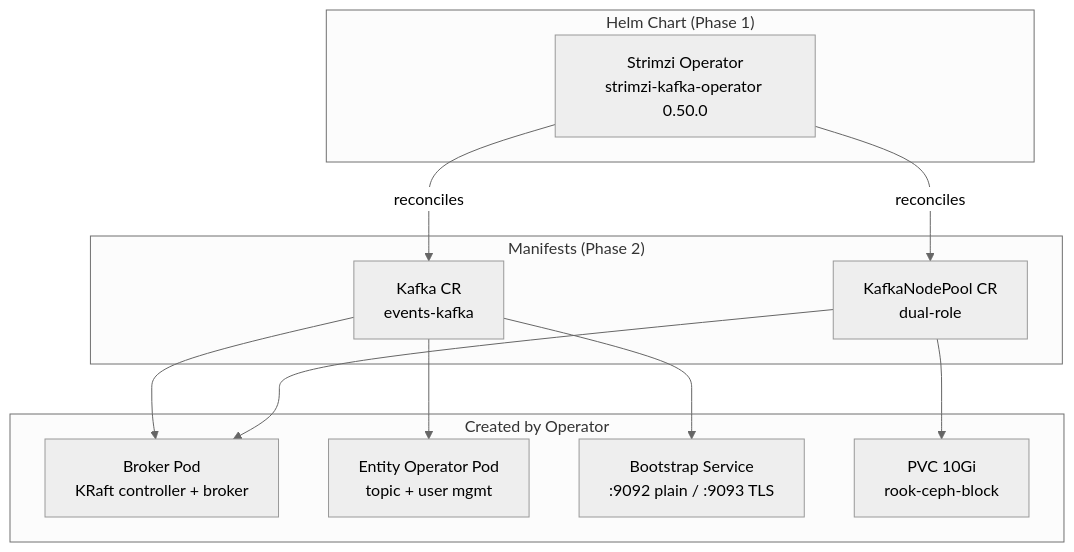
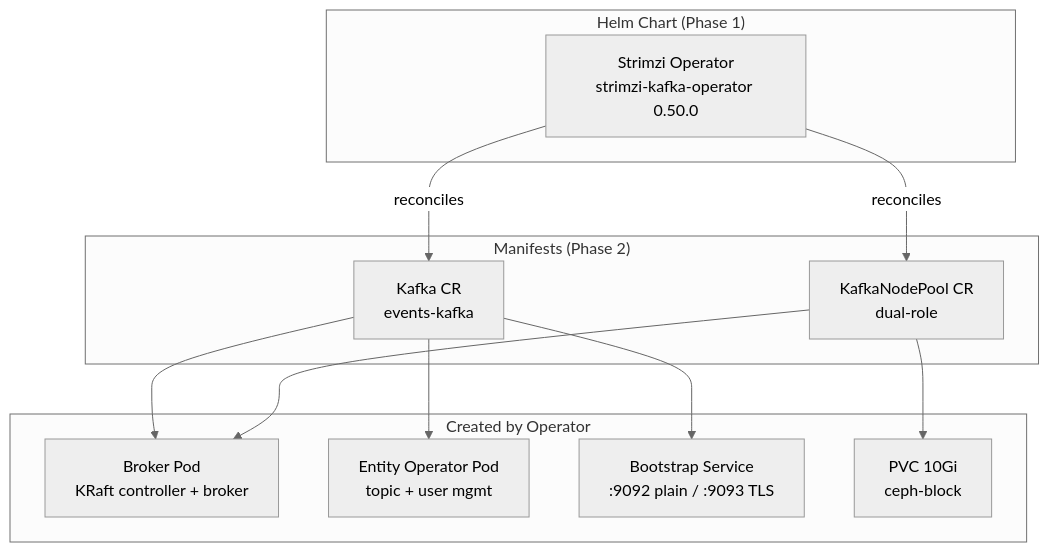
The first of 7 diagrams in components/events/strimzi/docs/architecture.md (rammi-dev/data-k8s-playground), drawn with Mermaid (neutral theme) before and after one commit. The commit also changed other lines of this file and 8 other files, not shown here.

````diff
--- a/components/events/strimzi/docs/architecture.md
+++ b/components/events/strimzi/docs/architecture.md
@@ -5,27 +5,27 @@
 ```mermaid
 graph TB
     subgraph "Helm Chart (Phase 1)"
         OP[Strimzi Operator<br/>strimzi-kafka-operator 0.50.0]
     end
 
     subgraph "Manifests (Phase 2)"
         KC[Kafka CR<br/>events-kafka]
         NP[KafkaNodePool CR<br/>dual-role]
     end
 
     OP -->|reconciles| KC
     OP -->|reconciles| NP
 
     subgraph "Created by Operator"
         BP[Broker Pod<br/>KRaft controller + broker]
         EO[Entity Operator Pod<br/>topic + user mgmt]
         SVC[Bootstrap Service<br/>:9092 plain / :9093 TLS]
-        PVC[PVC 10Gi<br/>rook-ceph-block]
+        PVC[PVC 10Gi<br/>ceph-block]
     end
 
     KC --> BP
     KC --> EO
     KC --> SVC
     NP --> BP
     NP --> PVC
 ```
````
